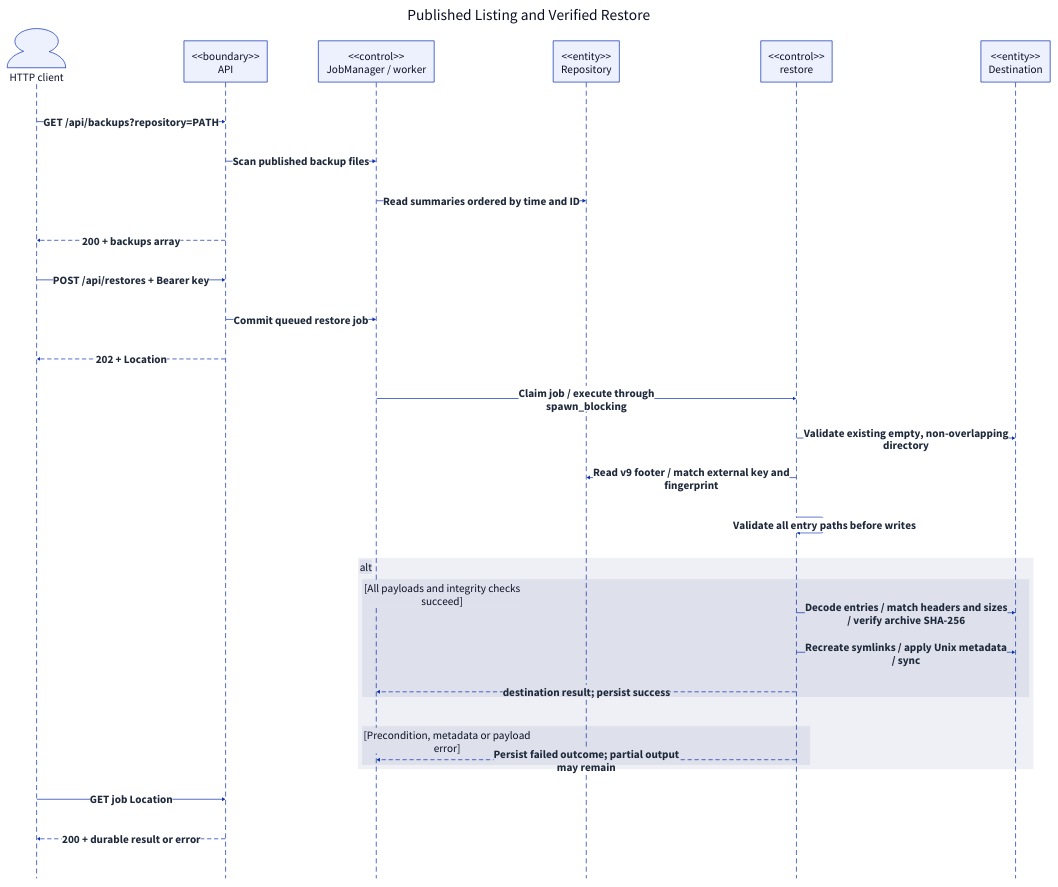
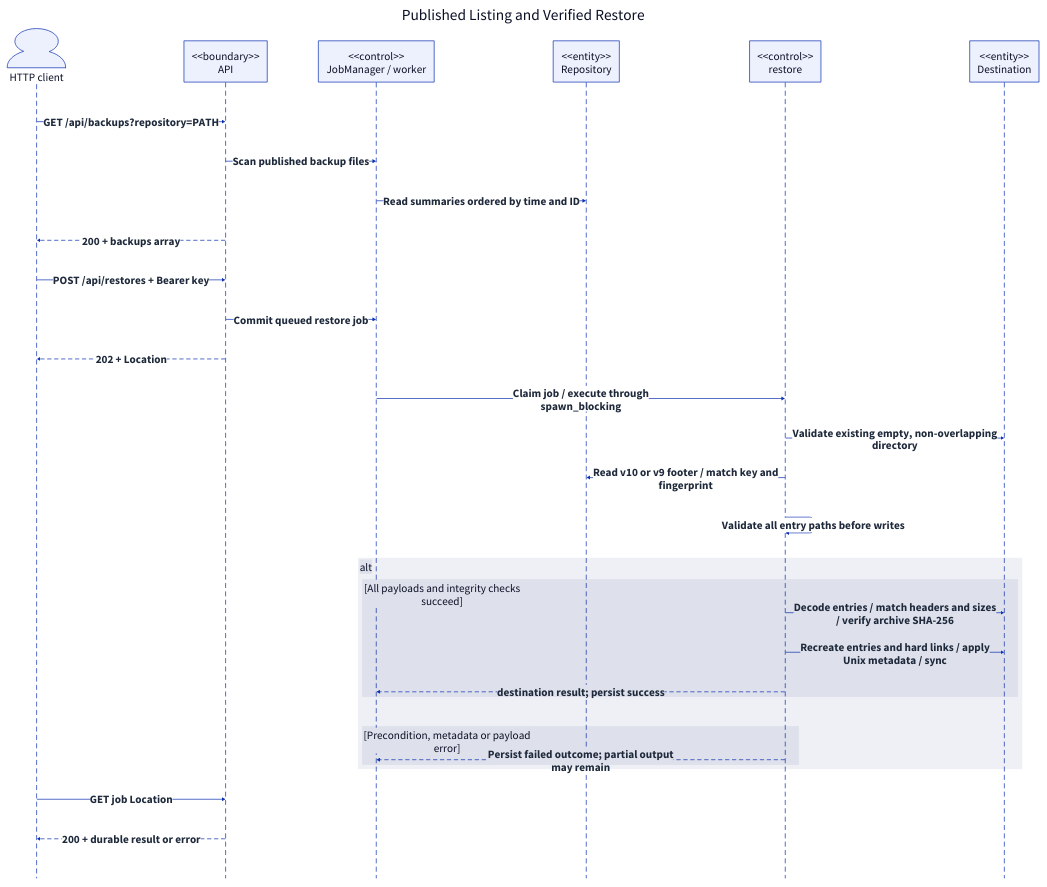
Before and after one commit to qi7876/software-development-exp: the diagram in docs/report/generated/system-sequence-restore.d2, drawn with D2. The commit also changed 15 other files, not shown here.

```diff
--- a/docs/report/generated/system-sequence-restore.d2
+++ b/docs/report/generated/system-sequence-restore.d2
@@ -1,41 +1,41 @@
 # Generated from docs/report/model.yaml; do not edit directly.
 direction: down
 **.style.font-size: 32
 (** -> **)[*].style: {font-size: 32; bold: true; italic: false; font-color: "#1E293B"}
 (** -- **)[*].style: {font-size: 32; bold: true; italic: false; font-color: "#1E293B"}
 (** <- **)[*].style: {font-size: 32; bold: true; italic: false; font-color: "#1E293B"}
 diagram: "Published Listing and Verified Restore" {
   style.font-size: 44
   style.fill: white
   style.stroke: transparent
   shape: sequence_diagram
   Client: "HTTP client" {shape: person}
   API: "<<boundary>>\nAPI" {shape: rectangle}
   Jobs: "<<control>>\nJobManager / worker" {shape: rectangle}
   Repo: "<<entity>>\nRepository" {shape: rectangle}
   Restore: "<<control>>\nrestore" {shape: rectangle}
   Dest: "<<entity>>\nDestination" {shape: rectangle}
   Client -> API: "GET /api/backups?repository=PATH"
   API -> Jobs: "Scan published backup files"
   Jobs -> Repo: "Read summaries ordered by time and ID"
   API -> Client: "200 + backups array" {style.stroke-dash: 5}
   Client -> API: "POST /api/restores + Bearer key"
   API -> Jobs: "Commit queued restore job"
   API -> Client: "202 + Location" {style.stroke-dash: 5}
   Jobs -> Restore: "Claim job / execute through\nspawn_blocking"
   Restore -> Dest: "Validate existing empty, non-overlapping\ndirectory"
-  Restore -> Repo: "Read v9 footer / match external key and\nfingerprint"
+  Restore -> Repo: "Read v10 or v9 footer / match key and\nfingerprint"
   Restore -> Restore: "Validate all entry paths before writes"
   fragment_11: alt {
     branch_11: "[All payloads and integrity checks\nsucceed]" {
       Restore -> Dest: "Decode entries / match headers and sizes\n/ verify archive SHA-256"
-      Restore -> Dest: "Recreate symlinks / apply Unix metadata\n/ sync"
+      Restore -> Dest: "Recreate entries and hard links / apply\nUnix metadata / sync"
       Restore -> Jobs: "destination result; persist success" {style.stroke-dash: 5}
     }
     branch_15: "[Precondition, metadata or payload\nerror]" {
       Restore -> Jobs: "Persist failed outcome; partial output\nmay remain" {style.stroke-dash: 5}
     }
   }
   Client -> API: "GET job Location"
   API -> Client: "200 + durable result or error" {style.stroke-dash: 5}
 }
```
